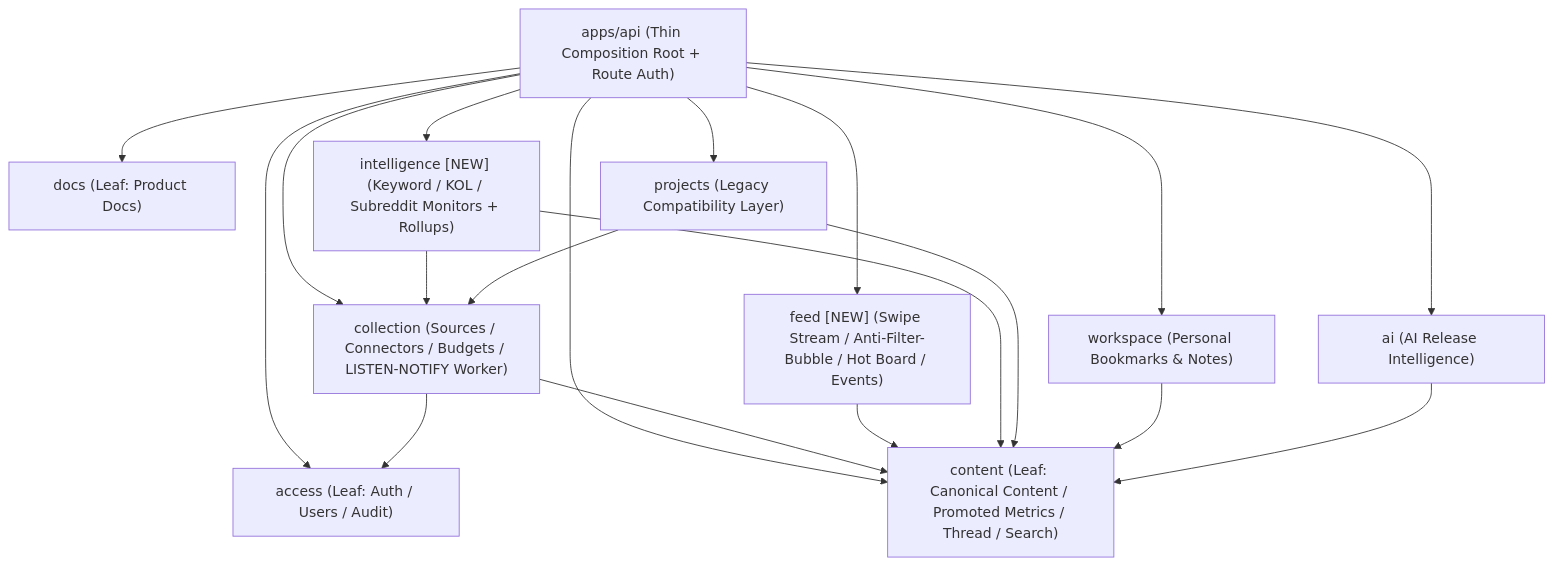
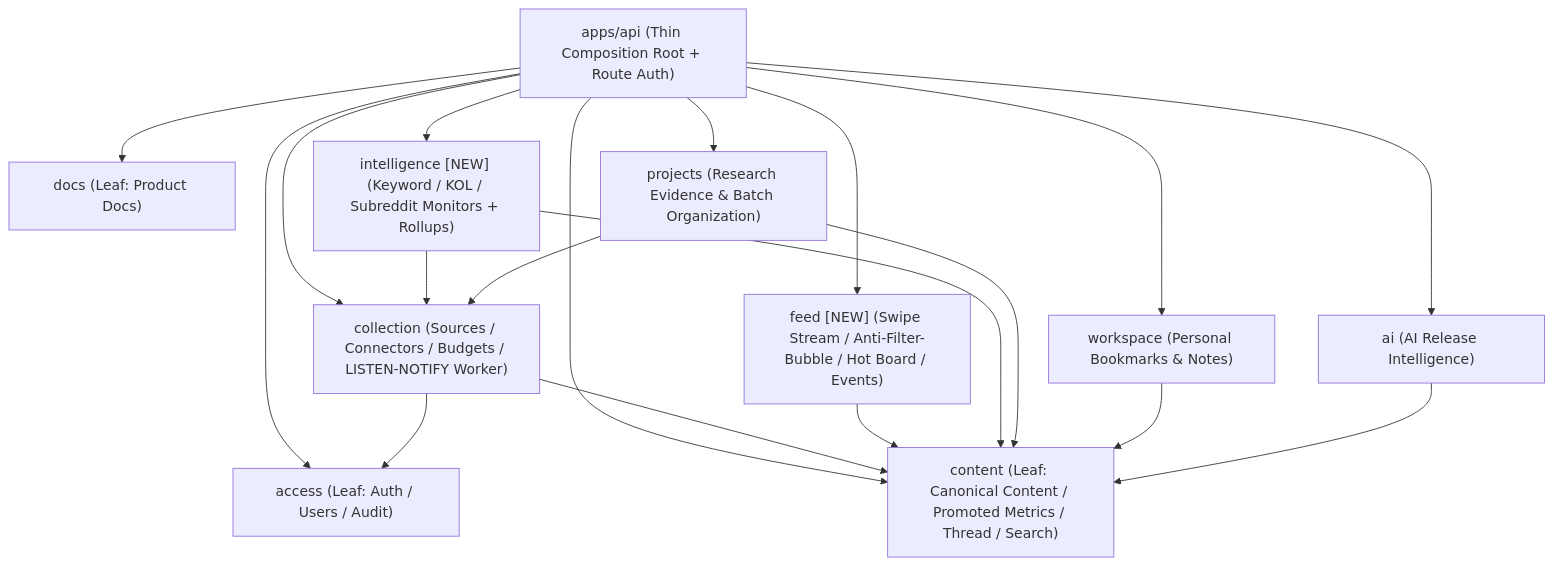
One commit to Euroish/reddit-monitoring-mvp changed the diagram in docs/plans/backend-v2-blueprint.md. Above: the diagram before and after it, drawn with Mermaid. The commit also changed other lines of this file and 16 other files, not shown here.

````diff
--- a/docs/plans/backend-v2-blueprint.md
+++ b/docs/plans/backend-v2-blueprint.md
@@ -32,22 +34,22 @@
 ```mermaid
 flowchart TD
   APP["apps/api (Thin Composition Root + Route Auth)"] --> ACCESS["access (Leaf: Auth / Users / Audit)"]
   APP --> DOCS["docs (Leaf: Product Docs)"]
   APP --> CONTENT["content (Leaf: Canonical Content / Promoted Metrics / Thread / Search)"]
   APP --> COLLECTION["collection (Sources / Connectors / Budgets / LISTEN-NOTIFY Worker)"]
   APP --> FEED["feed [NEW] (Swipe Stream / Anti-Filter-Bubble / Hot Board / Events)"]
   APP --> INTEL["intelligence [NEW] (Keyword / KOL / Subreddit Monitors + Rollups)"]
-  APP --> PROJECTS["projects (Legacy Compatibility Layer)"]
+  APP --> PROJECTS["projects (Research Evidence & Batch Organization)"]
   APP --> WORKSPACE["workspace (Personal Bookmarks & Notes)"]
   APP --> AI["ai (AI Release Intelligence)"]
 
   COLLECTION --> ACCESS
   COLLECTION --> CONTENT
   FEED --> CONTENT
   INTEL --> CONTENT
   INTEL --> COLLECTION
   PROJECTS --> CONTENT
   PROJECTS --> COLLECTION
   WORKSPACE --> CONTENT
   AI --> CONTENT
 ```
````
